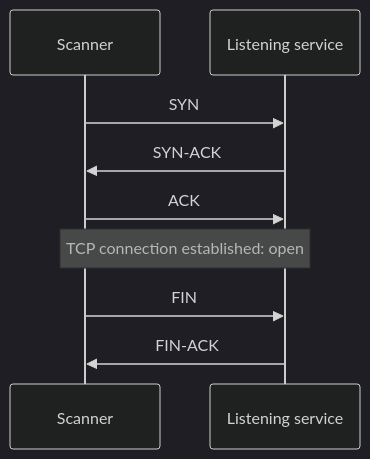
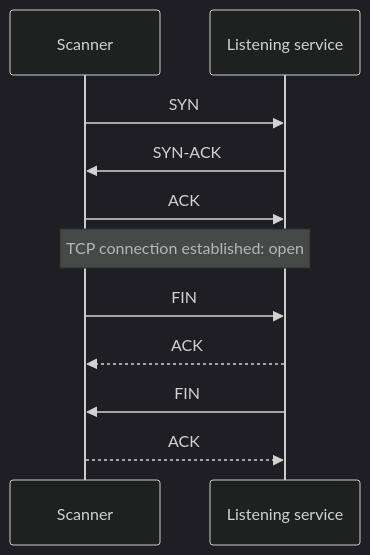
One commit to shomi-khan/red-blue-lab changed the first of 5 diagrams in chapters/03-whos-listening/README.md. Above: the diagram before and after it, drawn with Mermaid (dark theme). The commit also changed other lines of this file, not shown here.

````diff
--- a/chapters/03-whos-listening/README.md
+++ b/chapters/03-whos-listening/README.md
@@ -40,11 +47,13 @@
 ```mermaid
 sequenceDiagram
     participant C as Scanner
     participant S as Listening service
     C->>S: SYN
     S->>C: SYN-ACK
     C->>S: ACK
     Note over C,S: TCP connection established: open
     C->>S: FIN
-    S->>C: FIN-ACK
+    S-->>C: ACK
+    S->>C: FIN
+    C-->>S: ACK
 ```
````
